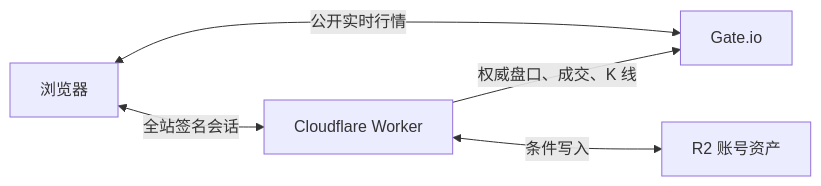
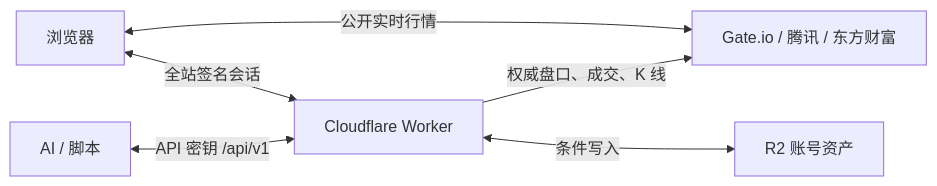
Before and after one commit to mumuhaha487/opus_game: the diagram in README.md, drawn with Mermaid. The commit also changed other lines of this file and 33 other files, not shown here.

````diff
--- a/README.md
+++ b/README.md
@@ -146,7 +151,8 @@
 ```mermaid
 flowchart LR
-  Browser[浏览器] <-->|公开实时行情| Gate[Gate.io]
+  Browser[浏览器] <-->|公开实时行情| Public[Gate.io / 腾讯 / 东方财富]
   Browser <-->|全站签名会话| Worker[Cloudflare Worker]
+  Agent[AI / 脚本] <-->|API 密钥 /api/v1| Worker
   Worker <-->|条件写入| R2[R2 账号资产]
-  Worker -->|权威盘口、成交、K 线| Gate
+  Worker -->|权威盘口、成交、K 线| Public
 ```
````
